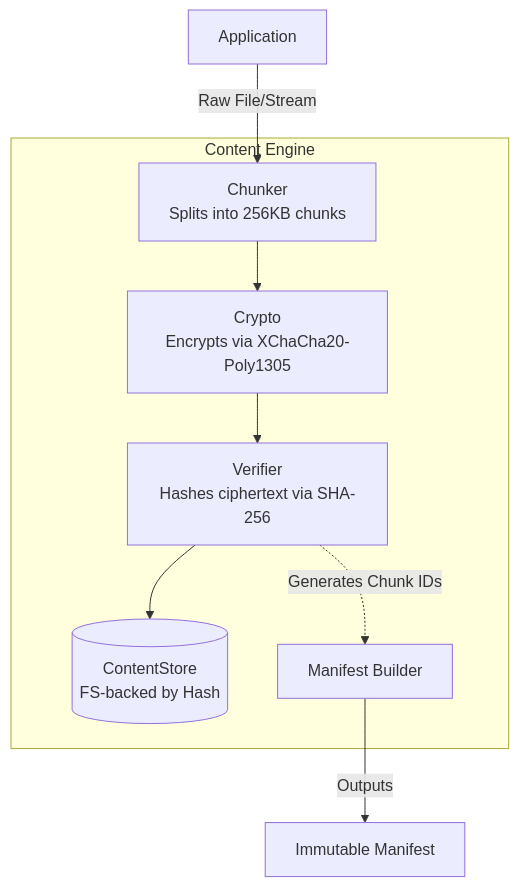
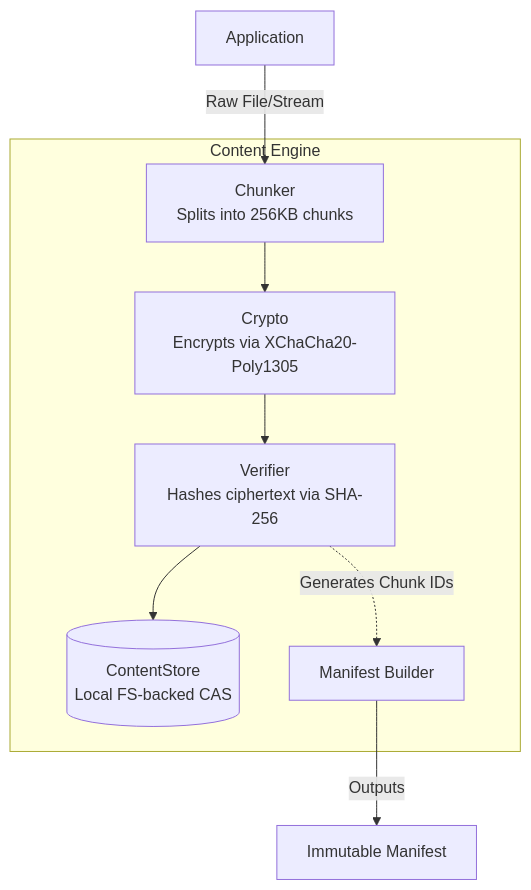
The first of 3 diagrams in Adarsh/p2p_transport/docs/architecture.md (adarshxsh/CIPHER), drawn with Mermaid before and after one commit. The commit also changed other lines of this file and 9 other files, not shown here.

Commit message:
feat: Finalize Content Engine Robustness, Benchmarks, and CAS Sharding

````diff
--- a/Adarsh/p2p_transport/docs/architecture.md
+++ b/Adarsh/p2p_transport/docs/architecture.md
@@ -28,16 +30,16 @@
 ```mermaid
 graph TD
     App[Application] -->|Raw File/Stream| Chunker
     
     subgraph Content Engine
         Chunker[Chunker<br/>Splits into 256KB chunks] --> Crypto
         Crypto[Crypto<br/>Encrypts via XChaCha20-Poly1305] --> Verifier
         Verifier[Verifier<br/>Hashes ciphertext via SHA-256] --> Storage
-        Storage[(ContentStore<br/>FS-backed by Hash)]
+        Storage[(ContentStore<br/>Local FS-backed CAS)]
         
         ManifestBuilder[Manifest Builder]
         Verifier -.->|Generates Chunk IDs| ManifestBuilder
     end
     
     ManifestBuilder -->|Outputs| Manifest[Immutable Manifest]
 ```
````
